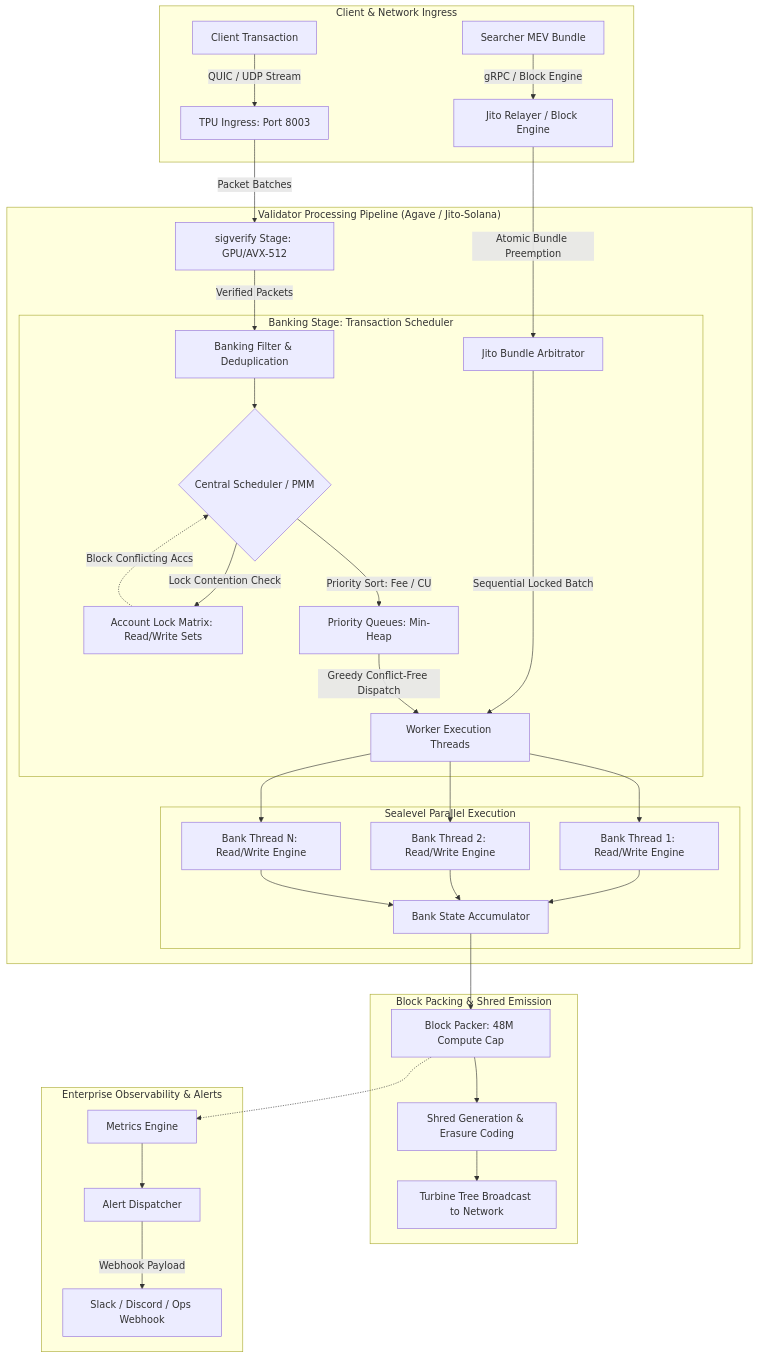
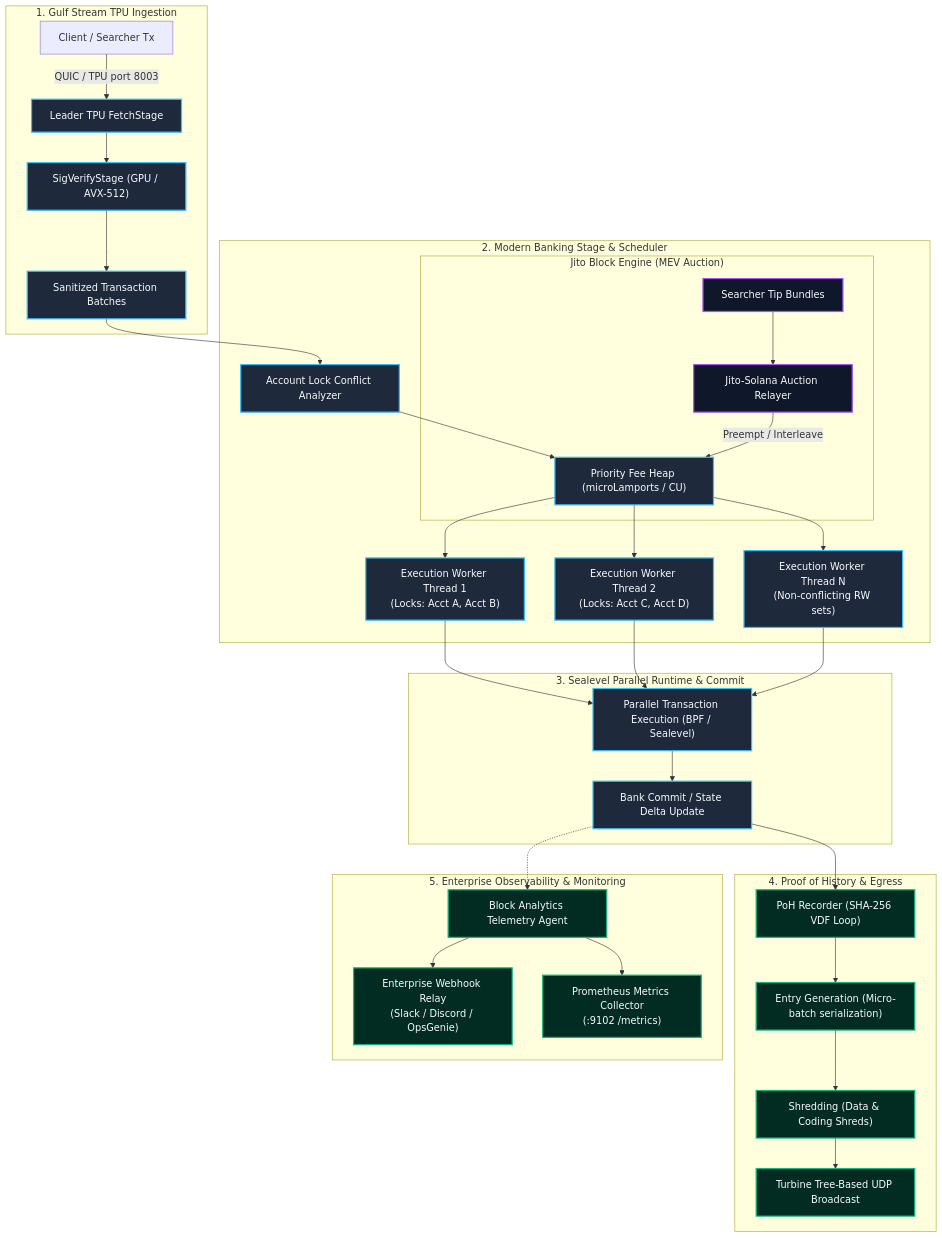
One commit to wiliancolomboo-tech/web3-inside-the-block--how-solana-valida-0de5ef changed the diagram in README.md. Above: the diagram before and after it, drawn with Mermaid. The commit also changed other lines of this file and 236 other files, not shown here.

First line of the commit message:
feat(solana): consolidar dossie tecnico e arquitetura tpu banking stage v1.0.0

````diff
--- a/README.md
+++ b/README.md
@@ -36,41 +71,49 @@
 ```mermaid
 flowchart TD
-    subgraph ClientLayer["Client & Network Ingress"]
-        C1[Client Transaction] -->|QUIC / UDP Stream| TPU[TPU Ingress: Port 8003]
-        J1[Searcher MEV Bundle] -->|gRPC / Block Engine| JBE[Jito Relayer / Block Engine]
+    subgraph Ingestion["1. Gulf Stream TPU Ingestion"]
+        TxClient["Client / Searcher Tx"] -->|QUIC / TPU port 8003| TPU["Leader TPU FetchStage"]
+        TPU --> SigVerify["SigVerifyStage (GPU / AVX-512)"]
+        SigVerify --> SanitizedBatch["Sanitized Transaction Batches"]
     end
 
-    subgraph AgaveValidator["Validator Processing Pipeline (Agave / Jito-Solana)"]
-        TPU -->|Packet Batches| SV[sigverify Stage: GPU/AVX-512]
-        SV -->|Verified Packets| BF[Banking Filter & Deduplication]
+    subgraph BankingStage["2. Modern Banking Stage & Scheduler"]
+        SanitizedBatch --> LockAnalyzer["Account Lock Conflict Analyzer"]
+        LockAnalyzer --> PrioQueue["Priority Fee Heap (microLamports / CU)"]
         
-        subgraph SchedulingStage["Banking Stage: Transaction Scheduler"]
-            BF --> CS{Central Scheduler / PMM}
-            CS -->|Lock Contention Check| ALM[Account Lock Matrix: Read/Write Sets]
-            CS -->|Priority Sort: Fee / CU| PQ[Priority Queues: Min-Heap]
-            JBE -->|Atomic Bundle Preemption| JBA[Jito Bundle Arbitrator]
-            JBA -->|Sequential Locked Batch| WE[Worker Execution Threads]
-            PQ -->|Greedy Conflict-Free Dispatch| WE
-            ALM -.->|Block Conflicting Accs| CS
+        subgraph JitoAuction["Jito Block Engine (MEV Auction)"]
+            SearcherBundle["Searcher Tip Bundles"] --> BundleEngine["Jito-Solana Auction Relayer"]
+            BundleEngine -->|Preempt / Interleave| PrioQueue
         end
 
-        subgraph ExecutionEngine["Sealevel Parallel Execution"]
-            WE --> VM1[Bank Thread 1: Read/Write Engine]
-            WE --> VM2[Bank Thread 2: Read/Write Engine]
-            WE --> VMn[Bank Thread N: Read/Write Engine]
-            VM1 & VM2 & VMn --> StateCommit[Bank State Accumulator]
-        end
+        PrioQueue --> Worker1["Execution Worker Thread 1\n(Locks: Acct A, Acct B)"]
+        PrioQueue --> Worker2["Execution Worker Thread 2\n(Locks: Acct C, Acct D)"]
+        PrioQueue --> WorkerN["Execution Worker Thread N\n(Non-conflicting RW sets)"]
     end
 
-    subgraph BlockAssemblyTurbine["Block Packing & Shred Emission"]
-        StateCommit --> BlockPacker[Block Packer: 48M Compute Cap]
-        BlockPacker --> Shredder[Shred Generation & Erasure Coding]
-        Shredder --> Turbine[Turbine Tree Broadcast to Network]
+    subgraph Execution["3. Sealevel Parallel Runtime & Commit"]
+        Worker1 --> VMExec["Parallel Transaction Execution (BPF / Sealevel)"]
+        Worker2 --> VMExec
+        WorkerN --> VMExec
+        VMExec --> BankForks["Bank Commit / State Delta Update"]
     end
 
-    subgraph TelemetryEnterprise["Enterprise Observability & Alerts"]
-        BlockPacker -.-> EngineMetrics[Metrics Engine]
-        EngineMetrics --> AlertWorker[Alert Dispatcher]
-        AlertWorker -->|Webhook Payload| DiscordSlack[Slack / Discord / Ops Webhook]
+    subgraph PoHAndTurbine["4. Proof of History & Egress"]
+        BankForks --> PoH["PoH Recorder (SHA-256 VDF Loop)"]
+        PoH --> EntryGen["Entry Generation (Micro-batch serialization)"]
+        EntryGen --> ShredEngine["Shredding (Data & Coding Shreds)"]
+        ShredEngine --> Turbine["Turbine Tree-Based UDP Broadcast"]
     end
+
+    subgraph Telemetry["5. Enterprise Observability & Monitoring"]
+        BankForks -.-> Exporter["Block Analytics Telemetry Agent"]
+        Exporter --> WebhookNotifier["Enterprise Webhook Relay\n(Slack / Discord / OpsGenie)"]
+        Exporter --> Prometheus["Prometheus Metrics Collector\n(:9102 /metrics)"]
+    end
+
+    classDef primary fill:#1E293B,stroke:#38BDF8,stroke-width:2px,color:#F8FAFC;
+    classDef secondary fill:#0F172A,stroke:#A855F7,stroke-width:2px,color:#F8FAFC;
+    classDef highlight fill:#022C22,stroke:#10B981,stroke-width:2px,color:#F8FAFC;
+    class TPU,SigVerify,SanitizedBatch,LockAnalyzer,PrioQueue,Worker1,Worker2,WorkerN,VMExec,BankForks primary;
+    class SearcherBundle,BundleEngine secondary;
+    class PoH,EntryGen,ShredEngine,Turbine,Exporter,WebhookNotifier,Prometheus highlight;
 ```
````
